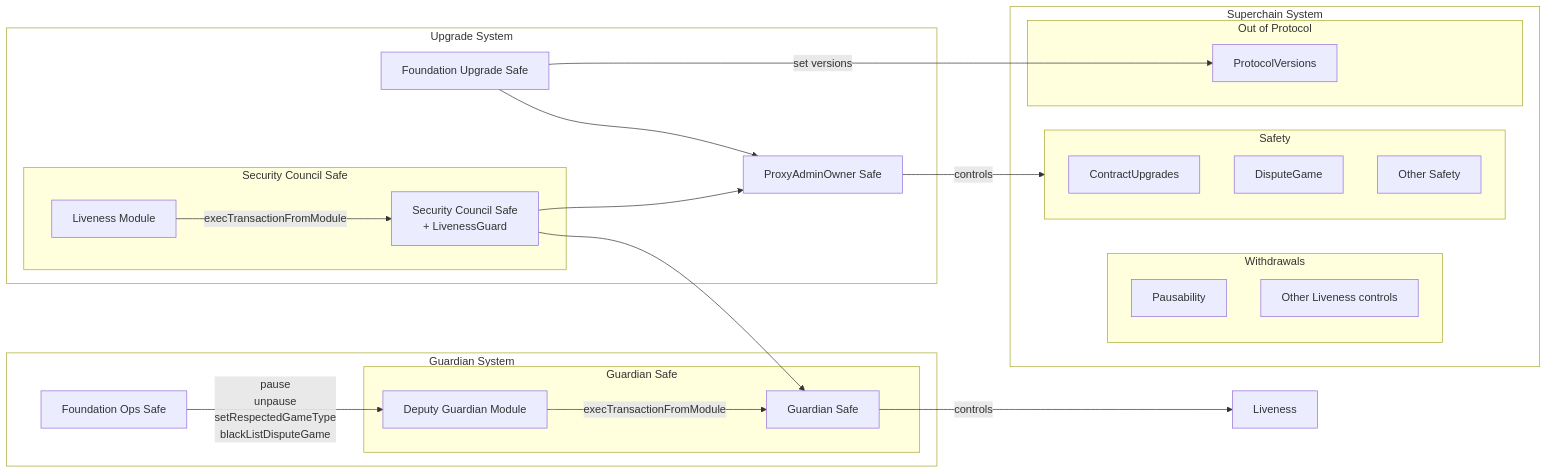
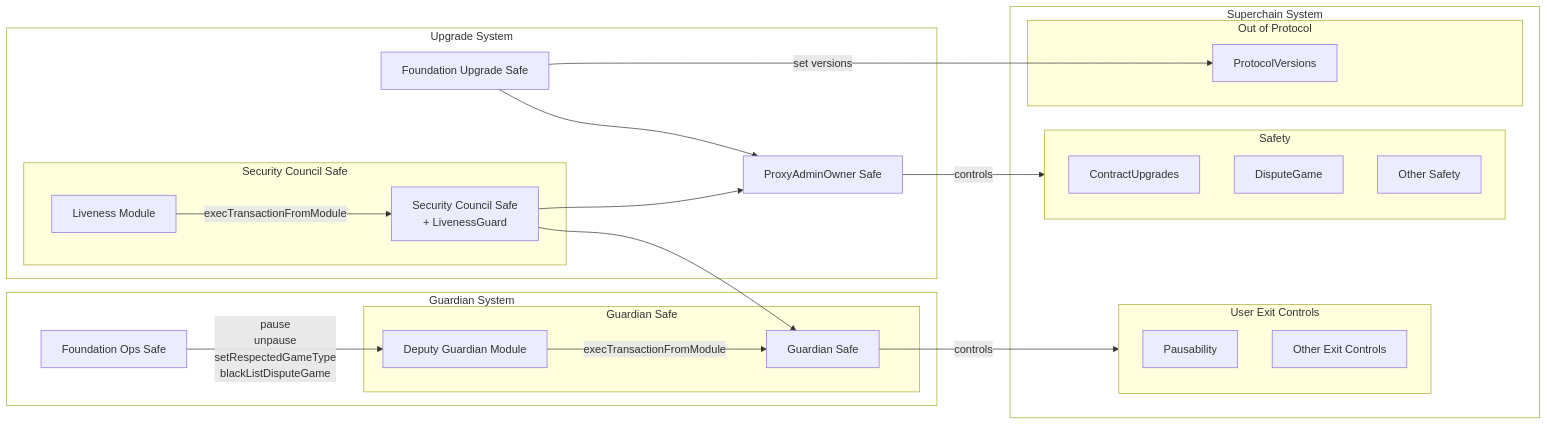
One commit to ethereum-optimism/specs changed the diagram in specs/protocol/stage-1.md. Above: the diagram before and after it, drawn with Mermaid.

Commit message:
Update diagram with exit

````diff
--- a/specs/protocol/stage-1.md
+++ b/specs/protocol/stage-1.md
@@ -98,48 +98,48 @@
 ```mermaid
 flowchart LR
    subgraph SuperchainSystem[Superchain System]
-      subgraph Withdrawals
+      subgraph Exit[User Exit Controls]
          Pausability
-         OtherLiveness[Other Liveness controls]
+         OtherExit[Other Exit Controls]
       end
       subgraph Safety
          ContractUpgrades
          DisputeGame
          OtherSafety[Other Safety]
       end
       subgraph NonProtocol[Out of Protocol]
          PV[ProtocolVersions]
       end
    end
 
    subgraph UpgradeSystem[Upgrade System]
       FndUp[Foundation Upgrade Safe]
       POA[ProxyAdminOwner Safe]
       subgraph Security Council Safe
          Council[Security Council Safe\n+ LivenessGuard]
          LM[Liveness Module]
       end
    end
 
    subgraph GuardianSystem[Guardian System]
       FndOps[Foundation Ops Safe]
       subgraph GuardianSafe[Guardian Safe]
          GS[Guardian Safe]
          DGM[Deputy Guardian Module]
       end
    end
 
     POA -->|controls| Safety
     FndUp --> POA
     Council --> POA
     Council --> GS
     FndOps -->|pause\nunpause\nsetRespectedGameType\nblackListDisputeGame| DGM
     FndUp -->|set versions|PV
     LM -->|execTransactionFromModule| Council
     DGM -->|execTransactionFromModule| GS
-    GS -->|controls| Liveness
+    GS -->|controls| Exit
 
    %% Declare a class to make the outer boxes somewhat transparent to provide some contrast
    classDef outer fill:#ffffff44
    class SuperchainSystem,GuardianSystem,UpgradeSystem outer
 ```
````
